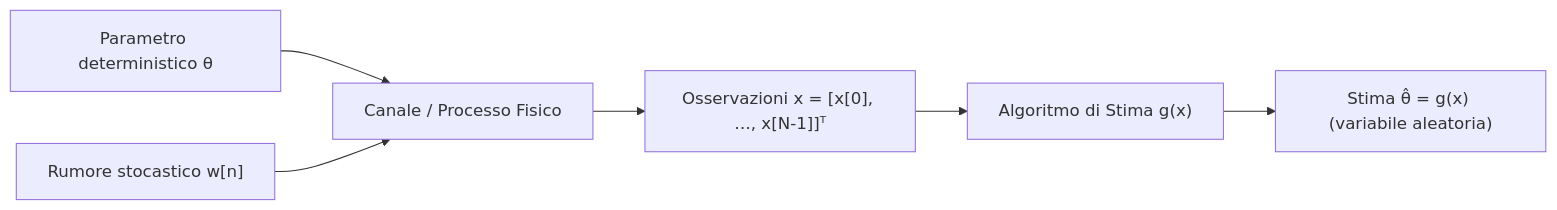
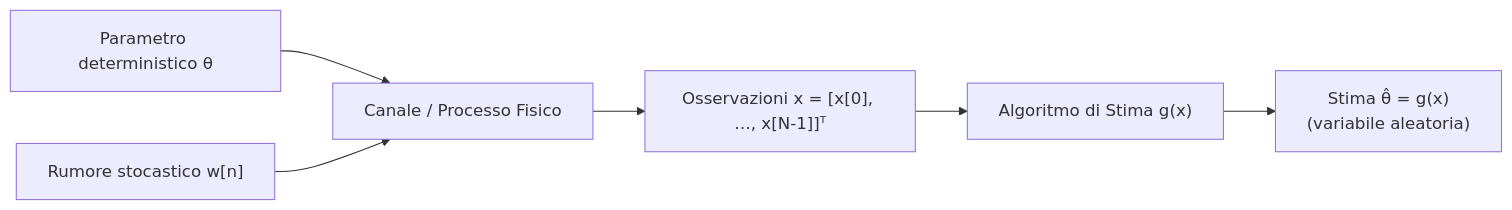
One commit to michelevantaggi02/Magistrale changed the second of 3 diagrams in Anno 1/Information and Estimation Theory/0. Fondamenti di Stima Classica e Limite di Cramer-Rao.md. Above: the diagram before and after it, drawn with Mermaid. The commit also changed other lines of this file and 37 other files, not shown here.

````diff
--- a/Anno 1/Information and Estimation Theory/0. Fondamenti di Stima Classica e Limite di Cramer-Rao.md
+++ b/Anno 1/Information and Estimation Theory/0. Fondamenti di Stima Classica e Limite di Cramer-Rao.md
@@ -25,8 +37,8 @@
 ```mermaid
 flowchart LR
     theta["Parametro deterministico θ"] --> process["Canale / Processo Fisico"]
     noise["Rumore stocastico w[n]"] --> process
     process --> obs["Osservazioni x = [x[0], …, x[N-1]]ᵀ"]
     obs --> estimator["Algoritmo di Stima g(x)"]
-    estimator --> theta_hat["Stima θ̂ = g(x) (variabile aleatoria)"]
+    estimator --> theta_hat["Stima θ̂ = g(x)<br>(variabile aleatoria)"]
 ```
````
